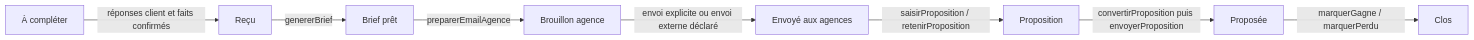
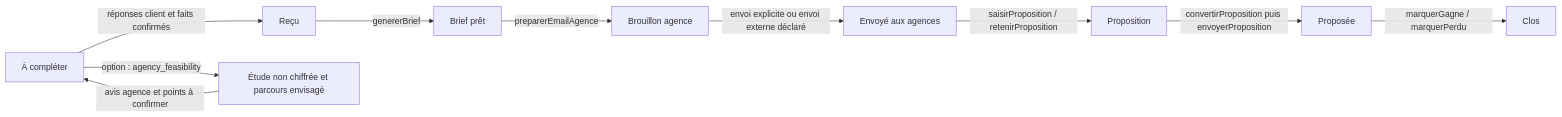
One commit to insenexperience/direction-lalgerie-travel-lead-desk changed the first of 7 diagrams in docs/USER_JOURNEYS.md. Above: the diagram before and after it, drawn with Mermaid. The commit also changed other lines of this file and 10 other files, not shown here.

Commit message:
Add unpriced agency feasibility study to lead email workflow

````diff
--- a/docs/USER_JOURNEYS.md
+++ b/docs/USER_JOURNEYS.md
@@ -13,10 +13,12 @@
 ```mermaid
 flowchart LR
   A[À compléter] -->|réponses client et faits confirmés| R[Reçu]
+  A -->|option : agency_feasibility| F[Étude non chiffrée et parcours envisagé]
+  F -->|avis agence et points à confirmer| A
   R -->|genererBrief| B[Brief prêt]
   B -->|preparerEmailAgence| D[Brouillon agence]
   D -->|envoi explicite ou envoi externe déclaré| E[Envoyé aux agences]
   E -->|saisirProposition / retenirProposition| P[Proposition]
   P -->|convertirProposition puis envoyerProposition| PR[Proposée]
   PR -->|marquerGagne / marquerPerdu| C[Clos]
 ```
````
